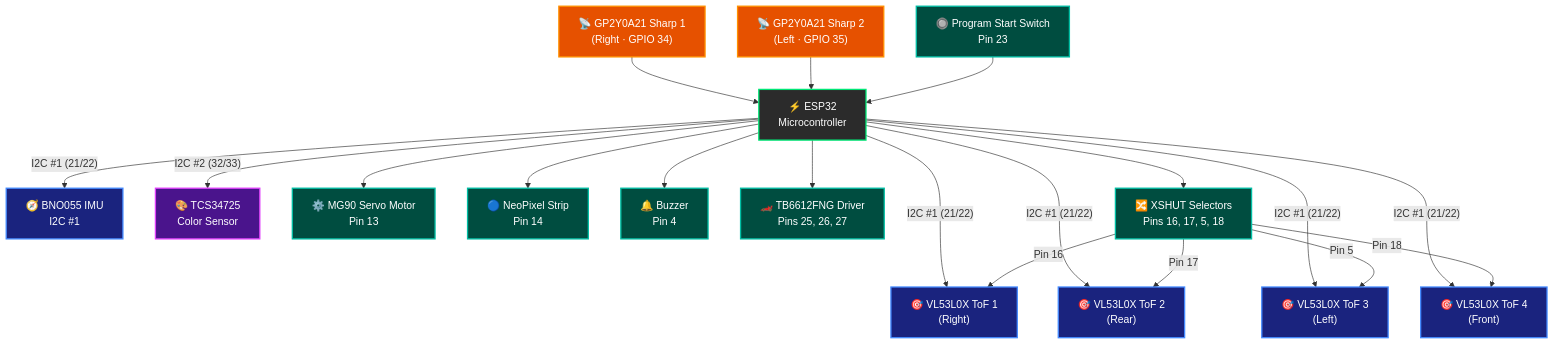
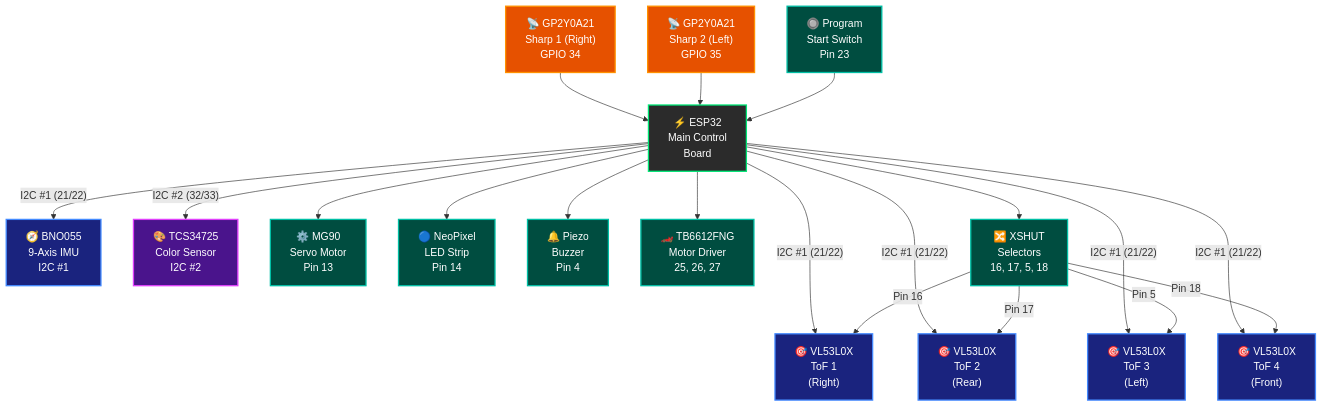
Before and after one commit to erchivox/Prometheus-Team-2026: the third of 20 diagrams in README.md, drawn with Mermaid.

````diff
--- a/README.md
+++ b/README.md
@@ -449,51 +449,51 @@
 ```mermaid
 graph TD
     classDef mcu fill:#2b2b2b,stroke:#00e676,stroke-width:2px,color:#fff;
     classDef i2c1 fill:#1a237e,stroke:#448aff,stroke-width:2px,color:#fff;
     classDef i2c2 fill:#4a148c,stroke:#e040fb,stroke-width:2px,color:#fff;
     classDef adc fill:#e65100,stroke:#ff9100,stroke-width:2px,color:#fff;
     classDef gpio fill:#004d40,stroke:#00bfa5,stroke-width:2px,color:#fff;
 
-    MCU["⚡ ESP32<br>Microcontroller"]:::mcu
+    MCU["⚡ ESP32<br>Main Control<br>Board"]:::mcu
 
-    IMU["🧭 BNO055 IMU<br>I2C #1"]:::i2c1
-    TOF1["🎯 VL53L0X ToF 1<br>(Right)"]:::i2c1
-    TOF2["🎯 VL53L0X ToF 2<br>(Rear)"]:::i2c1
-    TOF3["🎯 VL53L0X ToF 3<br>(Left)"]:::i2c1
-    TOF4["🎯 VL53L0X ToF 4<br>(Front)"]:::i2c1
+    IMU["🧭 BNO055<br>9-Axis IMU<br>I2C #1"]:::i2c1
+    TOF1["🎯 VL53L0X<br>ToF 1<br>(Right)"]:::i2c1
+    TOF2["🎯 VL53L0X<br>ToF 2<br>(Rear)"]:::i2c1
+    TOF3["🎯 VL53L0X<br>ToF 3<br>(Left)"]:::i2c1
+    TOF4["🎯 VL53L0X<br>ToF 4<br>(Front)"]:::i2c1
 
-    COLOR["🎨 TCS34725<br>Color Sensor"]:::i2c2
+    COLOR["🎨 TCS34725<br>Color Sensor<br>I2C #2"]:::i2c2
 
-    SHARP1["📡 GP2Y0A21 Sharp 1<br>(Right · GPIO 34)"]:::adc
-    SHARP2["📡 GP2Y0A21 Sharp 2<br>(Left · GPIO 35)"]:::adc
+    SHARP1["📡 GP2Y0A21<br>Sharp 1 (Right)<br>GPIO 34"]:::adc
+    SHARP2["📡 GP2Y0A21<br>Sharp 2 (Left)<br>GPIO 35"]:::adc
 
-    SERVO["⚙️ MG90 Servo Motor<br>Pin 13"]:::gpio
-    NEO["🔵 NeoPixel Strip<br>Pin 14"]:::gpio
-    BUZZER["🔔 Buzzer<br>Pin 4"]:::gpio
-    SW["🔘 Program Start Switch<br>Pin 23"]:::gpio
-    DRIVER["🏎️ TB6612FNG Driver<br>Pins 25, 26, 27"]:::gpio
-    XSHUT["🔀 XSHUT Selectors<br>Pins 16, 17, 5, 18"]:::gpio
+    SERVO["⚙️ MG90<br>Servo Motor<br>Pin 13"]:::gpio
+    NEO["🔵 NeoPixel<br>LED Strip<br>Pin 14"]:::gpio
+    BUZZER["🔔 Piezo<br>Buzzer<br>Pin 4"]:::gpio
+    SW["🔘 Program<br>Start Switch<br>Pin 23"]:::gpio
+    DRIVER["🏎️ TB6612FNG<br>Motor Driver<br>25, 26, 27"]:::gpio
+    XSHUT["🔀 XSHUT<br>Selectors<br>16, 17, 5, 18"]:::gpio
 
     MCU -- "I2C #1 (21/22)" --> IMU
     MCU -- "I2C #1 (21/22)" --> TOF1
     MCU -- "I2C #1 (21/22)" --> TOF2
     MCU -- "I2C #1 (21/22)" --> TOF3
     MCU -- "I2C #1 (21/22)" --> TOF4
 
     MCU -- "I2C #2 (32/33)" --> COLOR
 
     MCU --> XSHUT
     XSHUT -- "Pin 16" --> TOF1
     XSHUT -- "Pin 17" --> TOF2
     XSHUT -- "Pin 5" --> TOF3
     XSHUT -- "Pin 18" --> TOF4
 
     SHARP1 --> MCU
     SHARP2 --> MCU
 
     MCU --> SERVO
     MCU --> NEO
     MCU --> BUZZER
     SW --> MCU
     MCU --> DRIVER
 ```
````
